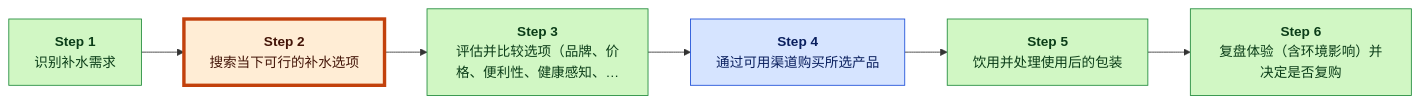
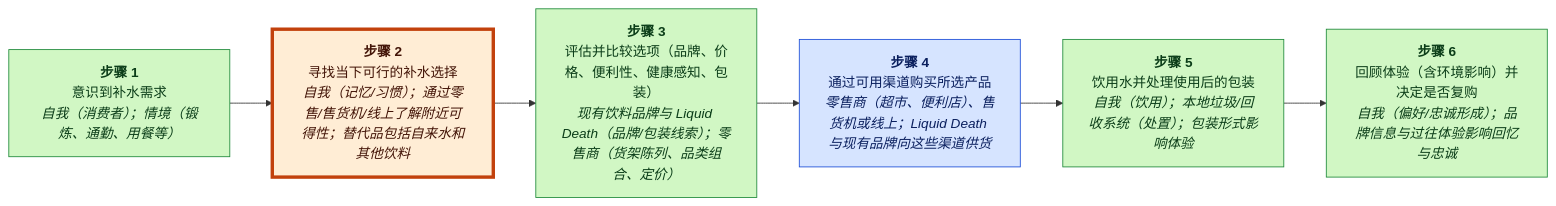
Before and after one commit to Austin-Li7/decoupling-analyst: the first of 4 diagrams in cases/_archive/liquid-death-grounded-20260509/run/final_report_zh.md, drawn with Mermaid. The commit also changed other lines of this file and 14 other files, not shown here.

````diff
--- a/cases/_archive/liquid-death-grounded-20260509/run/final_report_zh.md
+++ b/cases/_archive/liquid-death-grounded-20260509/run/final_report_zh.md
@@ -17,21 +16,21 @@
 ```mermaid
 flowchart LR
-    A1["<b>Step 1</b><br/>识别补水需求"]
-    A2["<b>Step 2</b><br/>搜索当下可行的补水选项"]
-    A3["<b>Step 3</b><br/>评估并比较选项（品牌、价格、便利性、健康感知、…"]
-    A4["<b>Step 4</b><br/>通过可用渠道购买所选产品"]
-    A5["<b>Step 5</b><br/>饮用并处理使用后的包装"]
-    A6["<b>Step 6</b><br/>复盘体验（含环境影响）并决定是否复购"]
+    A1["<b>步骤 1</b><br/>意识到补水需求<br/><i>自我（消费者）；情境（锻炼、通勤、用餐等）</i>"]
+    A2["<b>步骤 2</b><br/>寻找当下可行的补水选择<br/><i>自我（记忆/习惯）；通过零售/售货机/线上了解附近可得性；替代品包括自来水和其他饮料</i>"]
+    A3["<b>步骤 3</b><br/>评估并比较选项（品牌、价格、便利性、健康感知、包装）<br/><i>现有饮料品牌与 Liquid Death（品牌/包装线索）；零售商（货架陈列、品类组合、定价）</i>"]
+    A4["<b>步骤 4</b><br/>通过可用渠道购买所选产品<br/><i>零售商（超市、便利店）、售货机或线上；Liquid Death 与现有品牌向这些渠道供货</i>"]
+    A5["<b>步骤 5</b><br/>饮用水并处理使用后的包装<br/><i>自我（饮用）；本地垃圾/回收系统（处置）；包装形式影响体验</i>"]
+    A6["<b>步骤 6</b><br/>回顾体验（含环境影响）并决定是否复购<br/><i>自我（偏好/忠诚形成）；品牌信息与过往体验影响回忆与忠诚</i>"]
     A1 --> A2
     A2 --> A3
     A3 --> A4
     A4 --> A5
     A5 --> A6
     style A1 fill:#d1f7c4,stroke:#1f8a3a,color:#0b3d18
     style A2 fill:#ffd6d6,stroke:#b22222,color:#5a0d0d
     style A2 fill:#ffedd5,stroke:#c2410c,stroke-width:4px,color:#431407
     style A3 fill:#d1f7c4,stroke:#1f8a3a,color:#0b3d18
     style A4 fill:#d6e4ff,stroke:#1c4ed8,color:#0a1f5e
     style A5 fill:#d1f7c4,stroke:#1f8a3a,color:#0b3d18
     style A6 fill:#d1f7c4,stroke:#1f8a3a,color:#0b3d18
 ```
````
